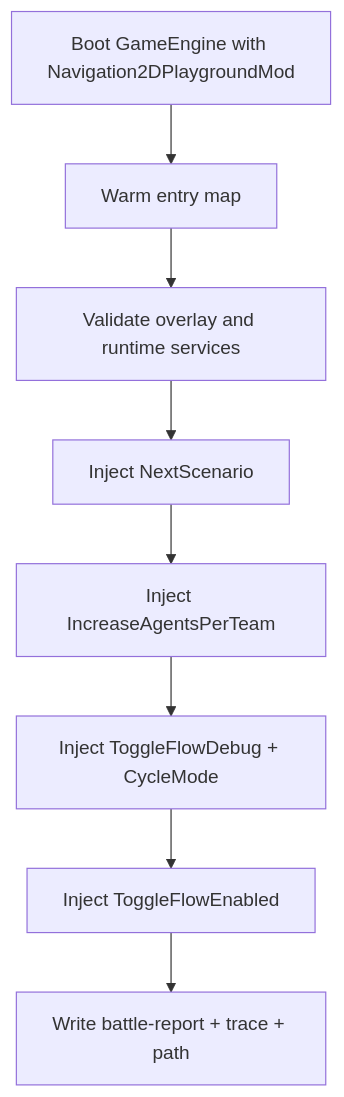
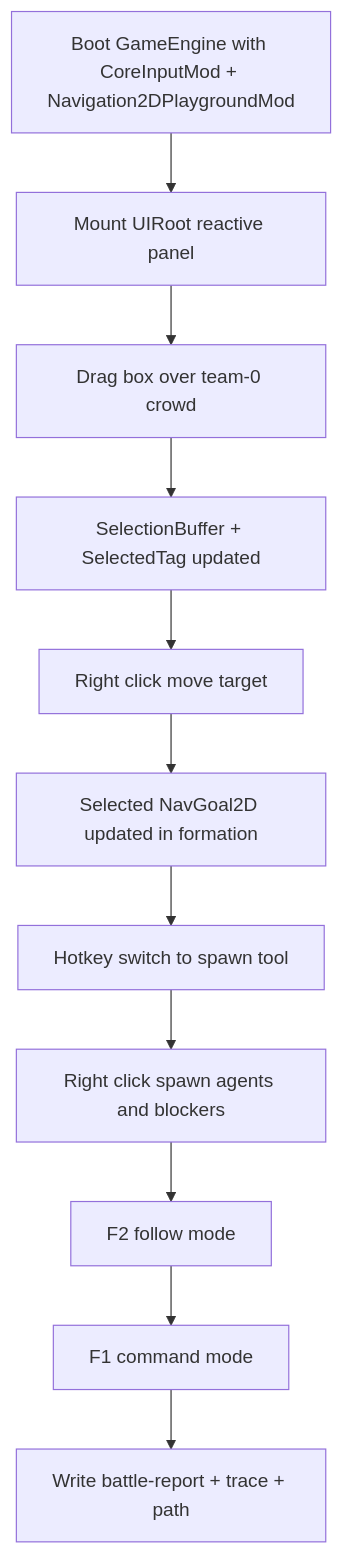
Before and after one commit to x10-x10/Ludots: the diagram in artifacts/acceptance/navigation2d-playground-playable/path.mmd, drawn with Mermaid. The commit also changed 48 other files, not shown here.

```diff
--- a/artifacts/acceptance/navigation2d-playground-playable/path.mmd
+++ b/artifacts/acceptance/navigation2d-playground-playable/path.mmd
@@ -1,8 +1,11 @@
 flowchart TD
-    A[Boot GameEngine with Navigation2DPlaygroundMod] --> B[Warm entry map]
-    B --> C[Validate overlay and runtime services]
-    C --> D[Inject NextScenario]
-    D --> E[Inject IncreaseAgentsPerTeam]
-    E --> F[Inject ToggleFlowDebug + CycleMode]
-    F --> G[Inject ToggleFlowEnabled]
-    G --> H[Write battle-report + trace + path]
+    A[Boot GameEngine with CoreInputMod + Navigation2DPlaygroundMod] --> B[Mount UIRoot reactive panel]
+    B --> C[Drag box over team-0 crowd]
+    C --> D[SelectionBuffer + SelectedTag updated]
+    D --> E[Right click move target]
+    E --> F[Selected NavGoal2D updated in formation]
+    F --> G[Hotkey switch to spawn tool]
+    G --> H[Right click spawn agents and blockers]
+    H --> I[F2 follow mode]
+    I --> J[F1 command mode]
+    J --> K[Write battle-report + trace + path]
```
